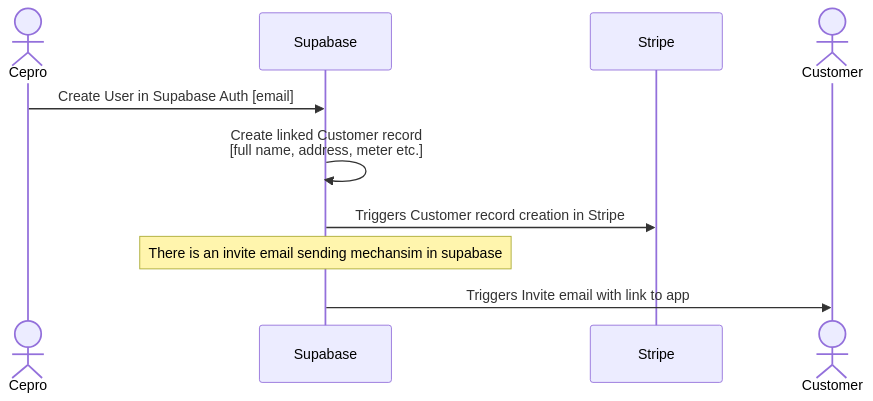
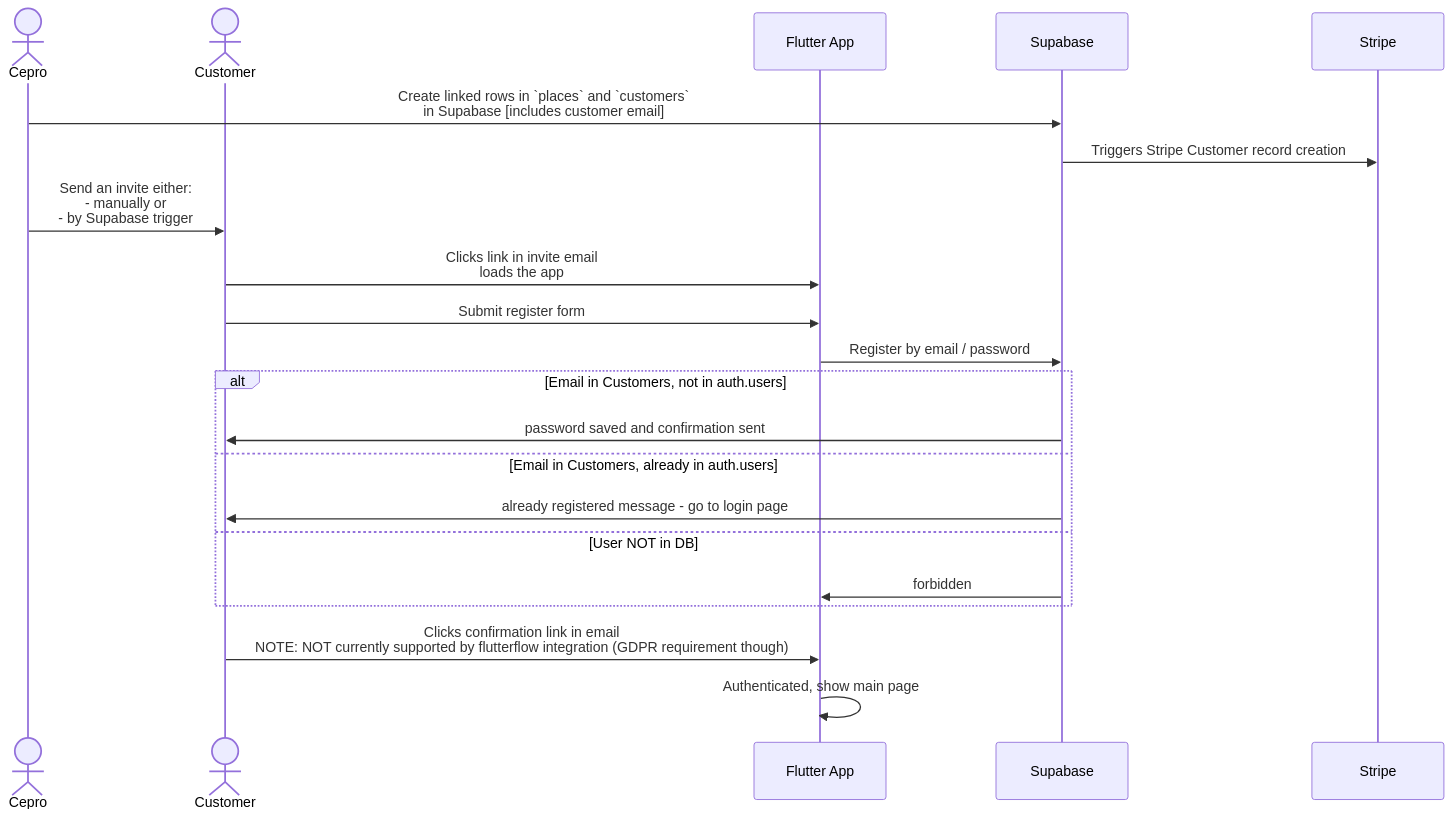
The diagram in docs/onboard-flow.md (cepro/simt-myenergy-app), drawn with Mermaid before and after one commit. The commit also changed other lines of this file and 1 other file, not shown here.

Commit message:
merge onboard-flow.md and registration-flow.md into one.

````diff
--- a/docs/onboard-flow.md
+++ b/docs/onboard-flow.md
@@ -7,14 +9,28 @@
 ```mermaid
 sequenceDiagram
     actor Cepro
+    actor Customer
+    participant App as Flutter App
     participant Supabase
     participant Stripe
-    actor Customer
     
-    Cepro->>Supabase: Create User in Supabase Auth [email]
-    Supabase->>Supabase: Create linked Customer record<br/>[full name, address, meter etc.]
-    Supabase->>Stripe: Triggers Customer record creation in Stripe
+    Cepro->>Supabase: Create linked rows in `places` and `customers`<br/> in Supabase [includes customer email]
+    Supabase->>Stripe: Triggers Stripe Customer record creation
 
-    note over Supabase: There is an invite email sending mechansim in supabase
-    Supabase->>Customer: Triggers Invite email with link to app
+    Cepro->>Customer: Send an invite either:<br/>- manually or<br/>- by Supabase trigger
+    
+    Customer->>App: Clicks link in invite email<br/>loads the app
+    Customer->>App: Submit register form
+    
+    App->>Supabase: Register by email / password
+    alt Email in Customers, not in auth.users
+      Supabase->>Customer: password saved and confirmation sent
+    else Email in Customers, already in auth.users
+      Supabase->>Customer: already registered message - go to login page
+    else User NOT in DB
+      Supabase->>App: forbidden
+    end
+
+   Customer->>App: Clicks confirmation link in email<br/>NOTE: NOT currently supported by flutterflow integration (GDPR requirement though)
+   App->>App: Authenticated, show main page
 ```
````
